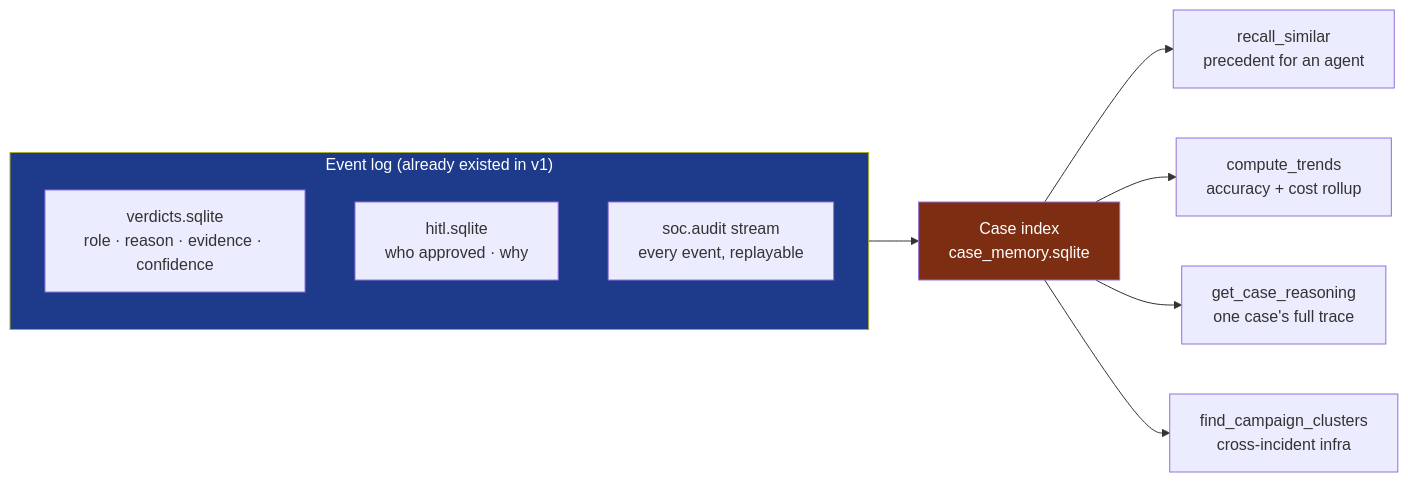
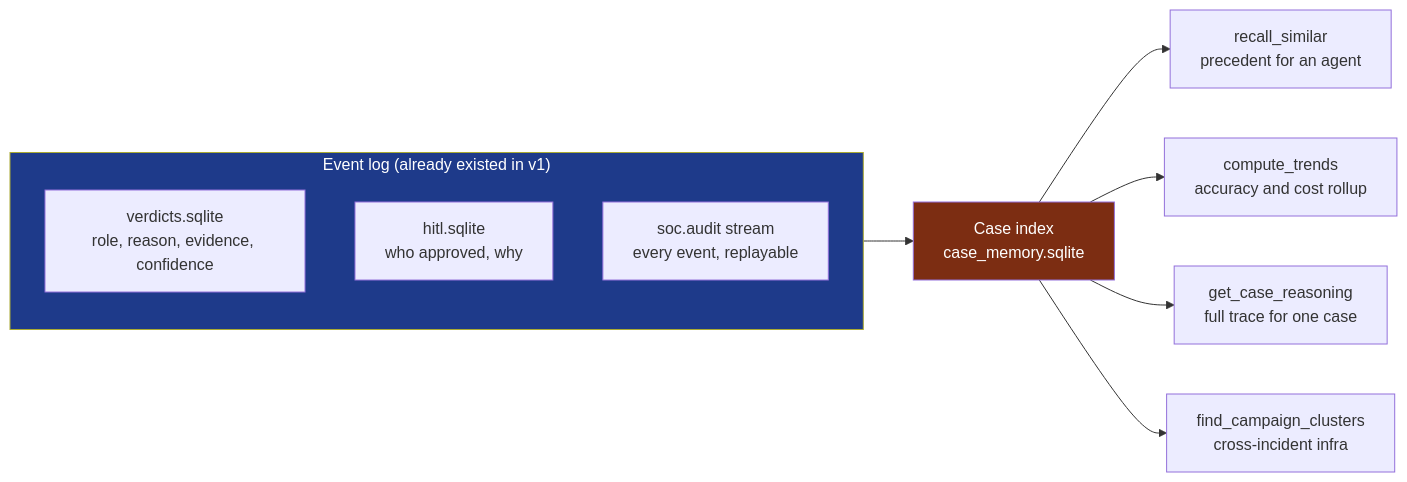
Before and after one commit to vinayvobbili/vinayvobbili.github.io: the first of 2 diagrams in _posts/2026-06-20-soc-in-a-box-case-memory.md, drawn with Mermaid. The commit also changed other lines of this file, not shown here.

Commit message:
post: fix mermaid syntax (quoted participant + risky chars broke render)

````diff
--- a/_posts/2026-06-20-soc-in-a-box-case-memory.md
+++ b/_posts/2026-06-20-soc-in-a-box-case-memory.md
@@ -49,15 +49,15 @@
 ```mermaid
 flowchart LR
     subgraph Log["Event log (already existed in v1)"]
-        V[verdicts.sqlite<br/>role · reason · evidence · confidence]
-        H[hitl.sqlite<br/>who approved · why]
-        A[soc.audit stream<br/>every event, replayable]
+        V["verdicts.sqlite<br/>role, reason, evidence, confidence"]
+        H["hitl.sqlite<br/>who approved, why"]
+        A["soc.audit stream<br/>every event, replayable"]
     end
-    Log --> IDX[Case index<br/>case_memory.sqlite]
-    IDX --> R1[recall_similar<br/>precedent for an agent]
-    IDX --> R2[compute_trends<br/>accuracy + cost rollup]
-    IDX --> R3[get_case_reasoning<br/>one case's full trace]
-    IDX --> R4[find_campaign_clusters<br/>cross-incident infra]
+    Log --> IDX["Case index<br/>case_memory.sqlite"]
+    IDX --> R1["recall_similar<br/>precedent for an agent"]
+    IDX --> R2["compute_trends<br/>accuracy and cost rollup"]
+    IDX --> R3["get_case_reasoning<br/>full trace for one case"]
+    IDX --> R4["find_campaign_clusters<br/>cross-incident infra"]
     style Log fill:#1e3a8a,color:#fff
     style IDX fill:#7c2d12,color:#fff
 ```
````
